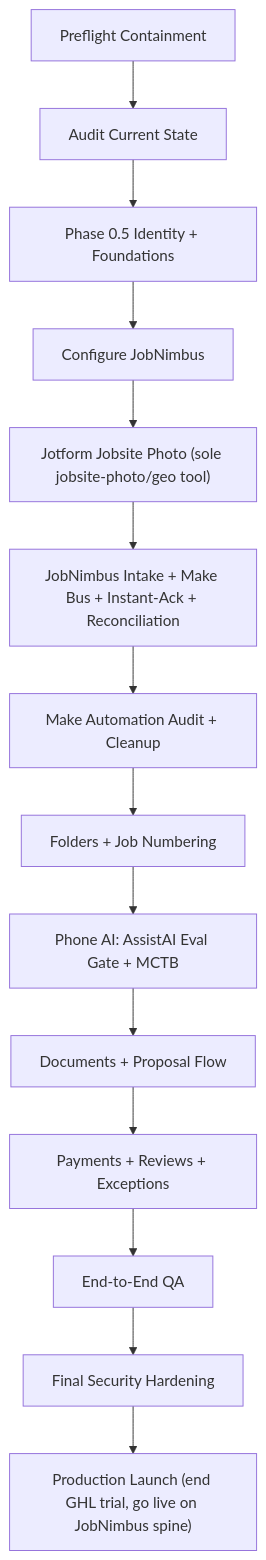
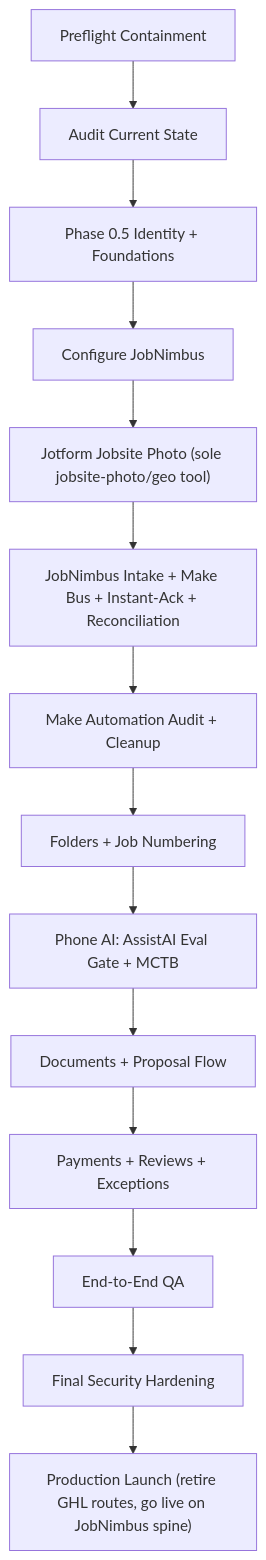
Before and after one commit to Iron-Wrap/ironwrap-os: the diagram in final-spec-pack/02-build-and-configuration-plan.md, drawn with Mermaid. The commit also changed other lines of this file and 36 other files, not shown here.

````diff
--- a/final-spec-pack/02-build-and-configuration-plan.md
+++ b/final-spec-pack/02-build-and-configuration-plan.md
@@ -9,16 +9,16 @@
 ```mermaid
 flowchart TD
   P0["Preflight Containment"] --> P1["Audit Current State"]
   P1 --> P05["Phase 0.5 Identity + Foundations"]
   P05 --> P2["Configure JobNimbus"]
   P2 --> P2B["Jotform Jobsite Photo (sole jobsite-photo/geo tool)"]
   P2B --> P3["JobNimbus Intake + Make Bus + Instant-Ack + Reconciliation"]
   P3 --> P4["Make Automation Audit + Cleanup"]
   P4 --> P5["Folders + Job Numbering"]
   P5 --> P6["Phone AI: AssistAI Eval Gate + MCTB"]
   P6 --> P7["Documents + Proposal Flow"]
   P7 --> P8["Payments + Reviews + Exceptions"]
   P8 --> P9["End-to-End QA"]
   P9 --> P10["Final Security Hardening"]
-  P10 --> P11["Production Launch (end GHL trial, go live on JobNimbus spine)"]
+  P10 --> P11["Production Launch (retire GHL routes, go live on JobNimbus spine)"]
 ```
````
